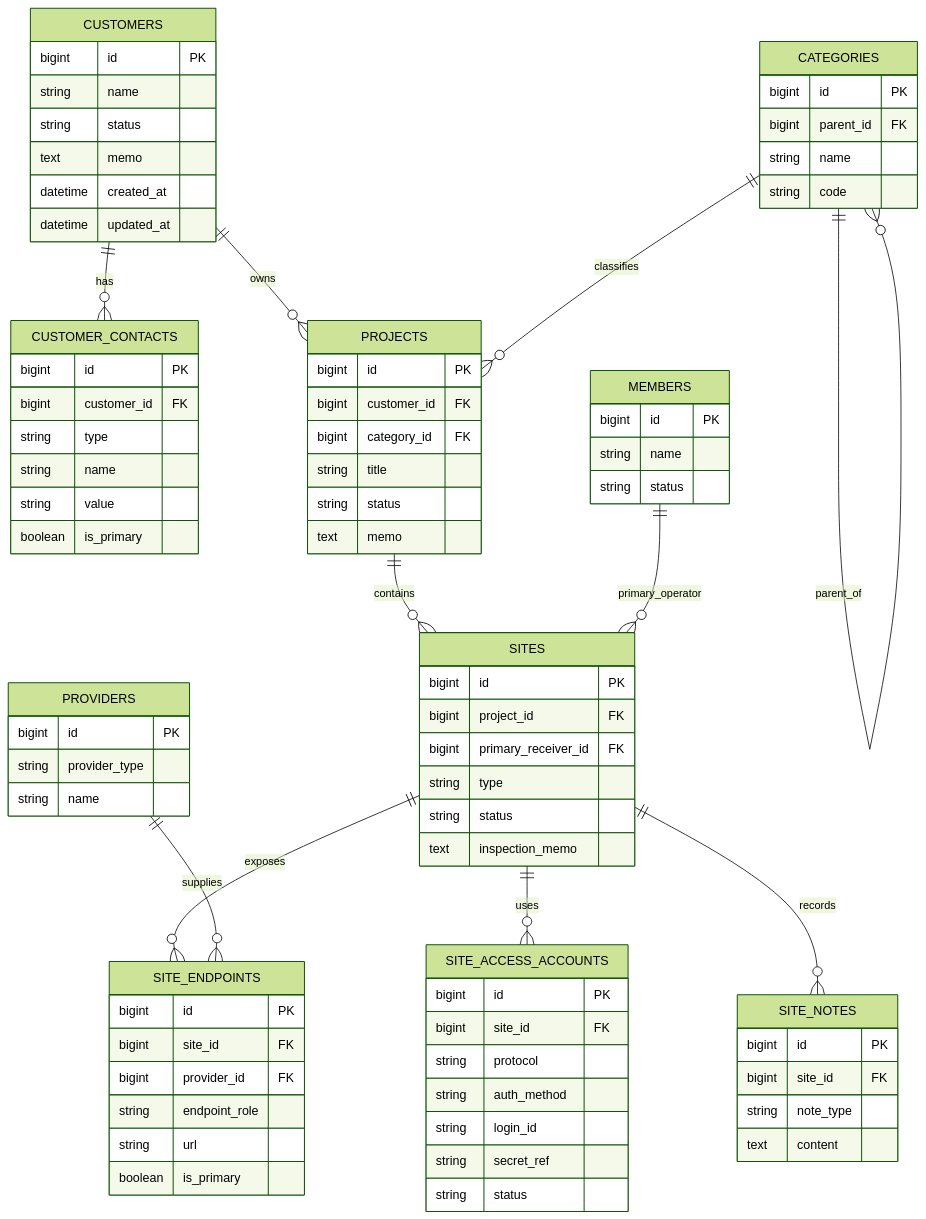
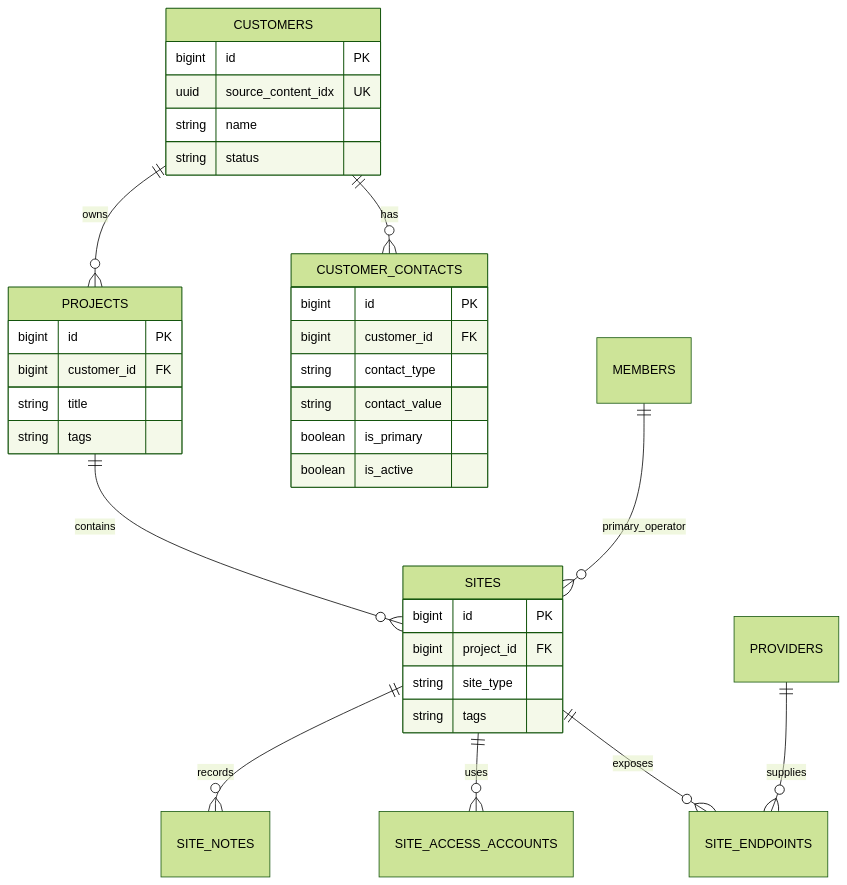
Before and after one commit to gyeolhwi/hermes34-project: the diagram in docs/erd-1st-review.md, drawn with Mermaid (forest theme). The commit also changed other lines of this file and 7 other files, not shown here.

Commit message:
fix: replace project categories with tags

````diff
--- a/docs/erd-1st-review.md
+++ b/docs/erd-1st-review.md
@@ -33,8 +17,6 @@
 erDiagram
     CUSTOMERS ||--o{ CUSTOMER_CONTACTS : has
     CUSTOMERS ||--o{ PROJECTS : owns
-    CATEGORIES ||--o{ CATEGORIES : parent_of
-    CATEGORIES ||--o{ PROJECTS : classifies
     PROJECTS ||--o{ SITES : contains
     MEMBERS ||--o{ SITES : primary_operator
     SITES ||--o{ SITE_ENDPOINTS : exposes
@@ -44,73 +26,28 @@
 
     CUSTOMERS {
       bigint id PK
+      uuid source_content_idx UK
       string name
       string status
-      text memo
-      datetime created_at
-      datetime updated_at
     }
     CUSTOMER_CONTACTS {
       bigint id PK
       bigint customer_id FK
-      string type
-      string name
-      string value
+      string contact_type
+      string contact_value
       boolean is_primary
-    }
-    CATEGORIES {
-      bigint id PK
-      bigint parent_id FK
-      string name
-      string code
+      boolean is_active
     }
     PROJECTS {
       bigint id PK
       bigint customer_id FK
-      bigint category_id FK
       string title
-      string status
-      text memo
+      string tags
     }
     SITES {
       bigint id PK
       bigint project_id FK
-      bigint primary_receiver_id FK
-      string type
-      string status
-      text inspection_memo
-    }
-    SITE_ENDPOINTS {
-      bigint id PK
-      bigint site_id FK
-      bigint provider_id FK
-      string endpoint_role
-      string url
-      boolean is_primary
-    }
-    PROVIDERS {
-      bigint id PK
-      string provider_type
-      string name
-    }
-    SITE_ACCESS_ACCOUNTS {
-      bigint id PK
-      bigint site_id FK
-      string protocol
-      string auth_method
-      string login_id
-      string secret_ref
-      string status
-    }
-    MEMBERS {
-      bigint id PK
-      string name
-      string status
-    }
-    SITE_NOTES {
-      bigint id PK
-      bigint site_id FK
-      string note_type
-      text content
+      string site_type
+      string tags
     }
 ```
````
